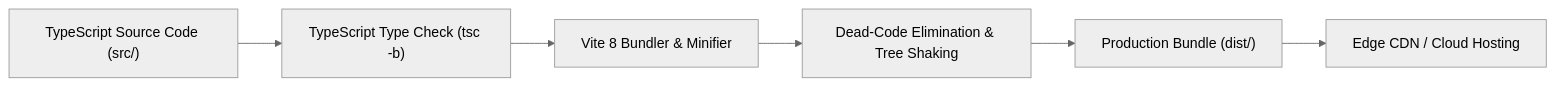
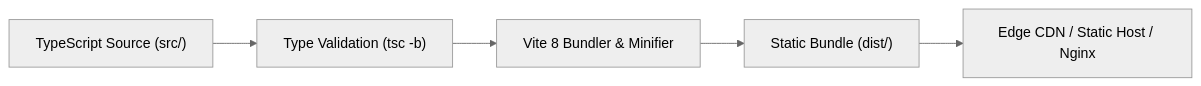
The diagram in docs/deployment_guide.md (INFO-TECH-MICROSYSTEMS/ITMKPIDashboard), drawn with Mermaid (neutral theme) before and after one commit. The commit also changed other lines of this file and 11 other files, not shown here.

````diff
--- a/docs/deployment_guide.md
+++ b/docs/deployment_guide.md
@@ -15,8 +15,7 @@
 ```mermaid
 graph LR
-    Source["TypeScript Source Code (src/)"] --> TypeCheck["TypeScript Type Check (tsc -b)"]
+    Source["TypeScript Source (src/)"] --> TypeCheck["Type Validation (tsc -b)"]
     TypeCheck --> ViteBuild["Vite 8 Bundler & Minifier"]
-    ViteBuild --> TreeShaking["Dead-Code Elimination & Tree Shaking"]
-    TreeShaking --> DistBundle["Production Bundle (dist/)"]
-    DistBundle --> CDN["Edge CDN / Cloud Hosting"]
+    ViteBuild --> Dist["Static Bundle (dist/)"]
+    Dist --> Host["Edge CDN / Static Host / Nginx"]
 ```
````
